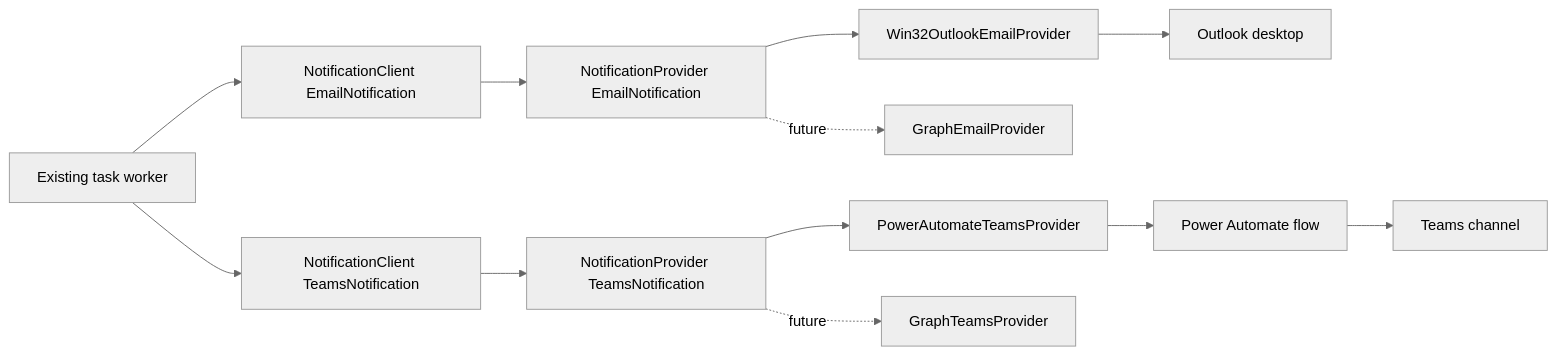
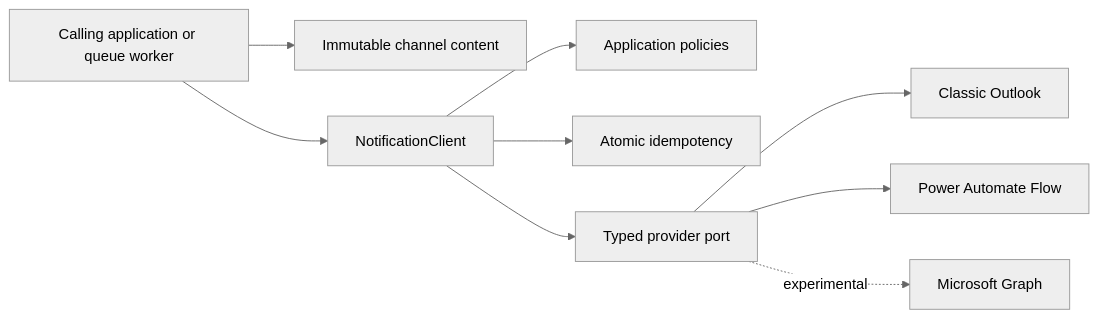
Before and after one commit to sbrock928/notification-service-import-only: the diagram in docs/architecture.md, drawn with Mermaid (neutral theme). The commit also changed other lines of this file and 24 other files, not shown here.

````diff
--- a/docs/architecture.md
+++ b/docs/architecture.md
@@ -6,14 +6,11 @@
 ```mermaid
 flowchart LR
-  Worker[Existing task worker] --> EmailClient[NotificationClient EmailNotification]
-  Worker --> TeamsClient[NotificationClient TeamsNotification]
-  EmailClient --> EmailPort[NotificationProvider EmailNotification]
-  TeamsClient --> TeamsPort[NotificationProvider TeamsNotification]
-  EmailPort --> COM[Win32OutlookEmailProvider]
-  TeamsPort --> PA[PowerAutomateTeamsProvider]
-  COM --> Outlook[Outlook desktop]
-  PA --> Flow[Power Automate flow]
-  Flow --> Teams[Teams channel]
-  EmailPort -. future .-> GraphEmail[GraphEmailProvider]
-  TeamsPort -. future .-> GraphTeams[GraphTeamsProvider]
+  Caller[Calling application or queue worker] --> Content[Immutable channel content]
+  Caller --> Client[NotificationClient]
+  Client --> Policy[Application policies]
+  Client --> Idem[Atomic idempotency]
+  Client --> Port[Typed provider port]
+  Port --> Outlook[Classic Outlook]
+  Port --> Flow[Power Automate Flow]
+  Port -. experimental .-> Graph[Microsoft Graph]
 ```
````
